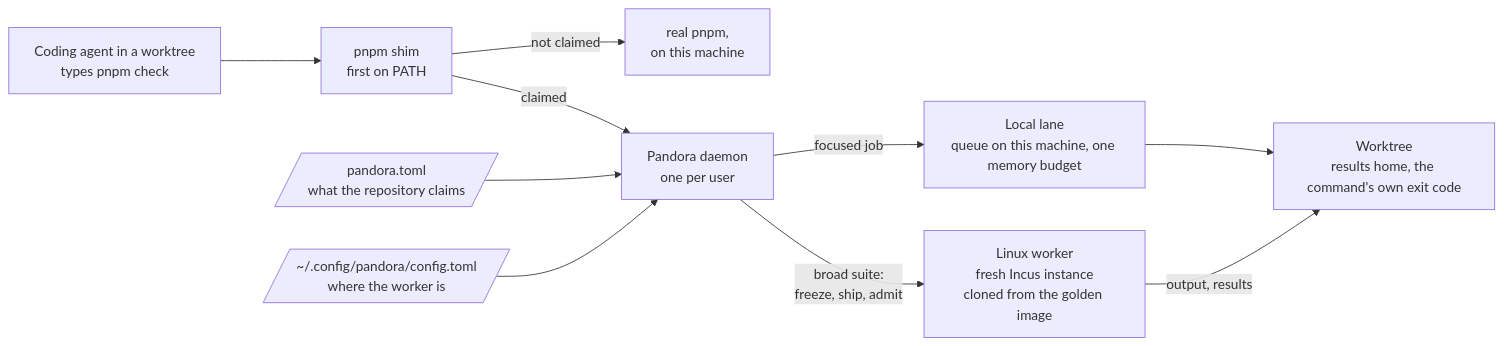
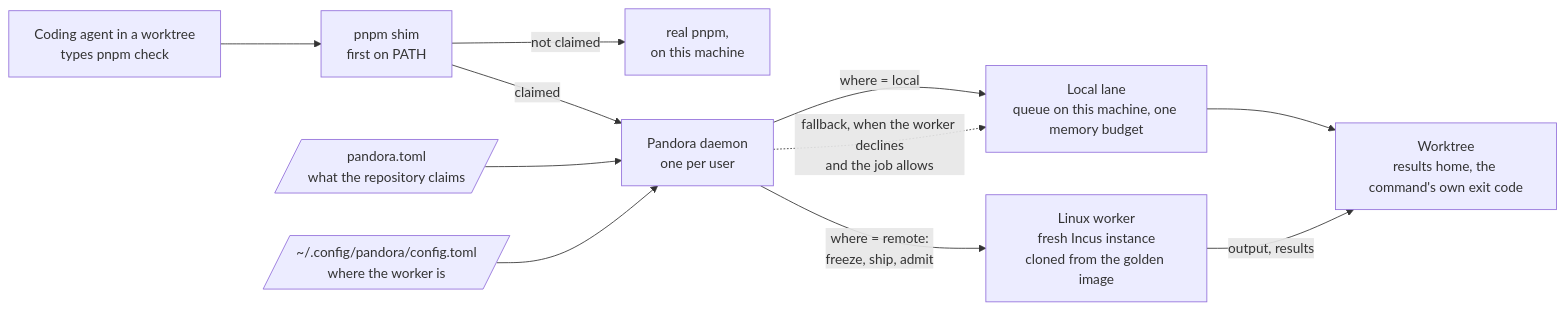
One commit to gbasin/pandora changed the diagram in README.md. Above: the diagram before and after it, drawn with Mermaid. The commit also changed other lines of this file and 2 other files, not shown here.

````diff
--- a/README.md
+++ b/README.md
@@ -72,12 +79,13 @@
 ```mermaid
 flowchart LR
     agent["Coding agent in a worktree<br/>types pnpm check"] --> shim["pnpm shim<br/>first on PATH"]
     shim -- "not claimed" --> real["real pnpm,<br/>on this machine"]
     shim -- "claimed" --> daemon["Pandora daemon<br/>one per user"]
     toml[/"pandora.toml<br/>what the repository claims"/] --> daemon
     cfg[/"~/.config/pandora/config.toml<br/>where the worker is"/] --> daemon
-    daemon -- "focused job" --> local["Local lane<br/>queue on this machine, one memory budget"]
-    daemon -- "broad suite:<br/>freeze, ship, admit" --> worker["Linux worker<br/>fresh Incus instance<br/>cloned from the golden image"]
+    daemon -- "where = local" --> local["Local lane<br/>queue on this machine, one memory budget"]
+    daemon -- "where = remote:<br/>freeze, ship, admit" --> worker["Linux worker<br/>fresh Incus instance<br/>cloned from the golden image"]
+    daemon -. "fallback, when the worker declines<br/>and the job allows" .-> local
     local --> home["Worktree<br/>results home, the command's own exit code"]
     worker -- "output, results" --> home
 ```
````
